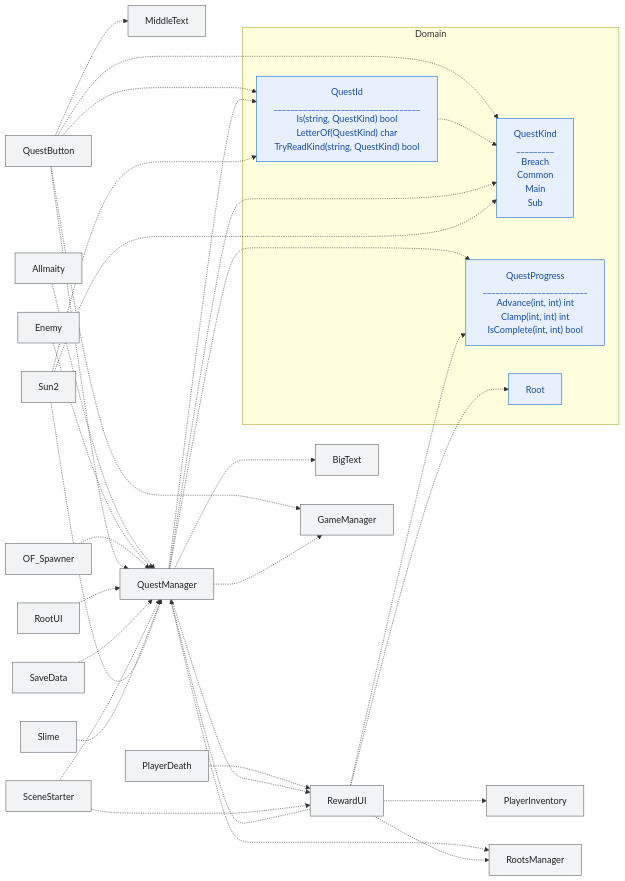
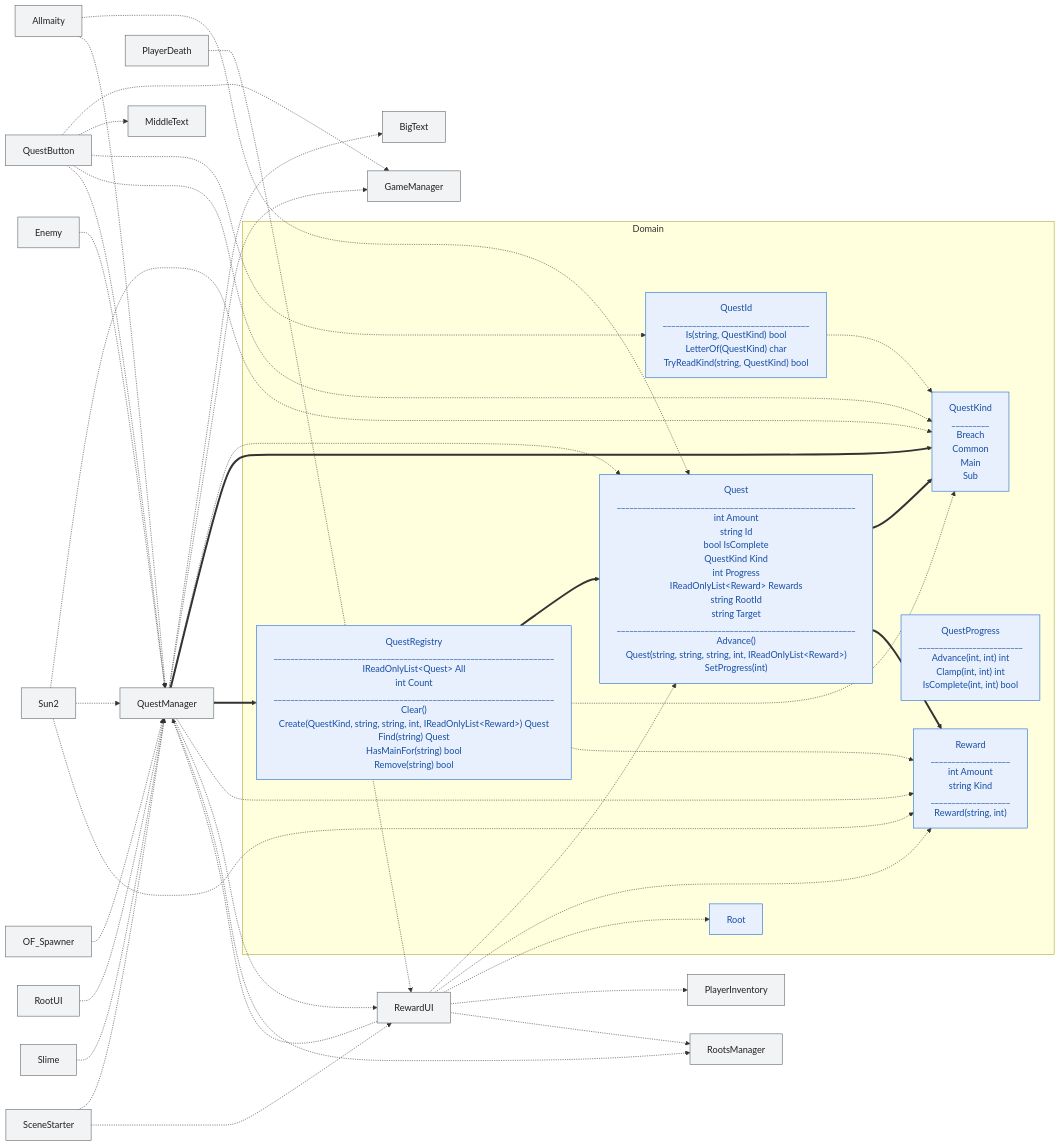
One commit to hukahirame/memorial-frontland changed the diagram in docs/dependencies-diagrams/quest.md. Above: the diagram before and after it, drawn with Mermaid. The commit also changed 14 other files, not shown here.

First line of the commit message:
refactor: quests と rewards の並行リストを QuestRegistry に置き換える

````diff
--- a/docs/dependencies-diagrams/quest.md
+++ b/docs/dependencies-diagrams/quest.md
@@ -12,61 +12,70 @@
 ```mermaid
 graph LR
   subgraph Domain
+    Quest["Quest<br/>_________________________________________________________<br/>int Amount<br/>string Id<br/>bool IsComplete<br/>QuestKind Kind<br/>int Progress<br/>IReadOnlyList&lt;Reward&gt; Rewards<br/>string RootId<br/>string Target<br/>_________________________________________________________<br/>Advance()<br/>Quest(string, string, string, int, IReadOnlyList&lt;Reward&gt;)<br/>SetProgress(int)"]
     QuestId["QuestId<br/>___________________________________<br/>Is(string, QuestKind) bool<br/>LetterOf(QuestKind) char<br/>TryReadKind(string, QuestKind) bool"]
     QuestKind["QuestKind<br/>_________<br/>Breach<br/>Common<br/>Main<br/>Sub"]
     QuestProgress["QuestProgress<br/>_________________________<br/>Advance(int, int) int<br/>Clamp(int, int) int<br/>IsComplete(int, int) bool"]
+    QuestRegistry["QuestRegistry<br/>___________________________________________________________________<br/>IReadOnlyList&lt;Quest&gt; All<br/>int Count<br/>___________________________________________________________________<br/>Clear()<br/>Create(QuestKind, string, string, int, IReadOnlyList&lt;Reward&gt;) Quest<br/>Find(string) Quest<br/>HasMainFor(string) bool<br/>Remove(string) bool"]
+    Reward["Reward<br/>___________________<br/>int Amount<br/>string Kind<br/>___________________<br/>Reward(string, int)"]
     Root
   end
   Allmaity
   BigText
   Enemy
   GameManager
   MiddleText
   OF_Spawner
   PlayerDeath
   PlayerInventory
   QuestButton
   QuestManager
   RewardUI
   RootUI
   RootsManager
-  SaveData
   SceneStarter
   Slime
   Sun2
+  Allmaity -.-> Quest
   Allmaity -.-> QuestManager
   Enemy -.-> QuestManager
   OF_Spawner -.-> QuestManager
   PlayerDeath -.-> RewardUI
+  Quest ==> QuestKind
+  Quest ==> Reward
   QuestButton -.-> GameManager
   QuestButton -.-> MiddleText
   QuestButton -.-> QuestId
   QuestButton -.-> QuestKind
   QuestButton -.-> QuestManager
   QuestId -.-> QuestKind
   QuestManager -.-> BigText
   QuestManager -.-> GameManager
-  QuestManager -.-> QuestId
-  QuestManager -.-> QuestKind
-  QuestManager -.-> QuestProgress
+  QuestManager -.-> Quest
+  QuestManager ==> QuestKind
+  QuestManager ==> QuestRegistry
+  QuestManager -.-> Reward
   QuestManager -.-> RewardUI
   QuestManager -.-> RootsManager
+  QuestRegistry ==> Quest
+  QuestRegistry -.-> QuestKind
+  QuestRegistry -.-> Reward
   RewardUI -.-> PlayerInventory
+  RewardUI -.-> Quest
   RewardUI -.-> QuestManager
-  RewardUI -.-> QuestProgress
+  RewardUI -.-> Reward
   RewardUI -.-> Root
   RewardUI -.-> RootsManager
   RootUI -.-> QuestManager
-  SaveData -.-> QuestManager
   SceneStarter -.-> QuestManager
   SceneStarter -.-> RewardUI
   Slime -.-> QuestManager
-  Sun2 -.-> QuestId
   Sun2 -.-> QuestKind
   Sun2 -.-> QuestManager
+  Sun2 -.-> Reward
   classDef domain fill:#e8f0fe,stroke:#1967d2,color:#174ea6;
   classDef game   fill:#fef7e0,stroke:#b06000,color:#8a5300;
   classDef legacy fill:#f1f3f4,stroke:#5f6368,color:#202124;
-  class QuestId,QuestKind,QuestProgress,Root domain;
-  class Allmaity,BigText,Enemy,GameManager,MiddleText,OF_Spawner,PlayerDeath,PlayerInventory,QuestButton,QuestManager,RewardUI,RootUI,RootsManager,SaveData,SceneStarter,Slime,Sun2 legacy;
+  class Quest,QuestId,QuestKind,QuestProgress,QuestRegistry,Reward,Root domain;
+  class Allmaity,BigText,Enemy,GameManager,MiddleText,OF_Spawner,PlayerDeath,PlayerInventory,QuestButton,QuestManager,RewardUI,RootUI,RootsManager,SceneStarter,Slime,Sun2 legacy;
 ```
````
